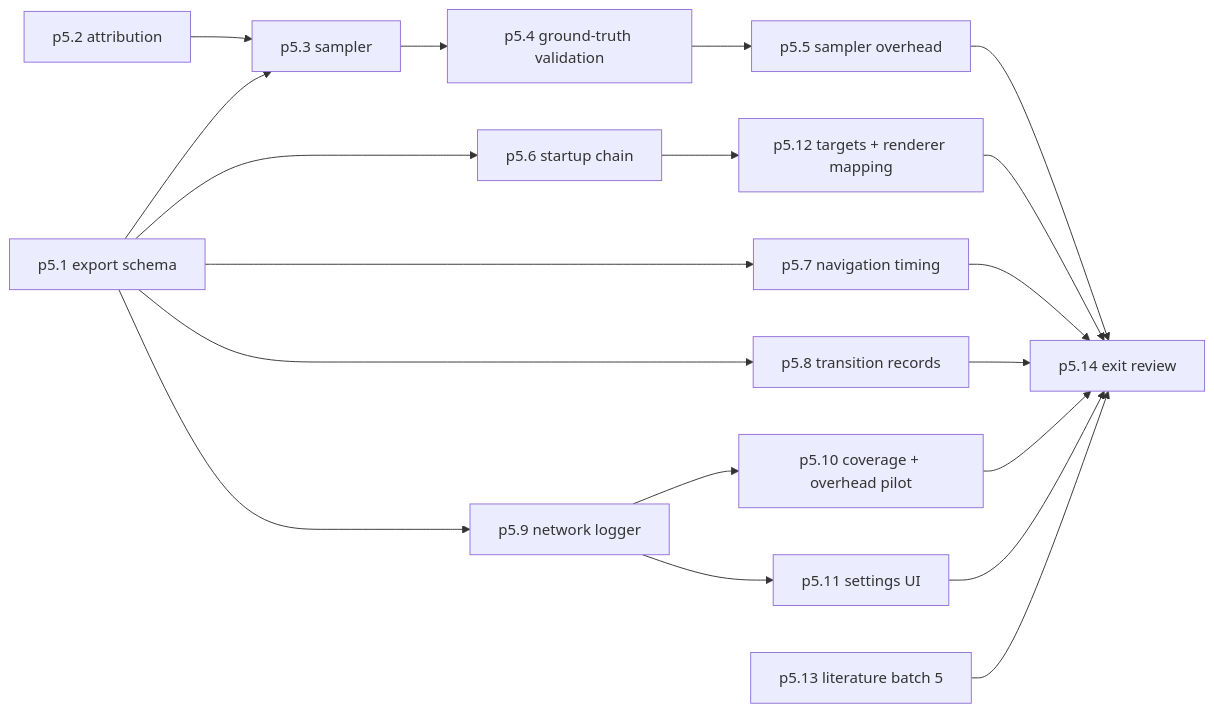
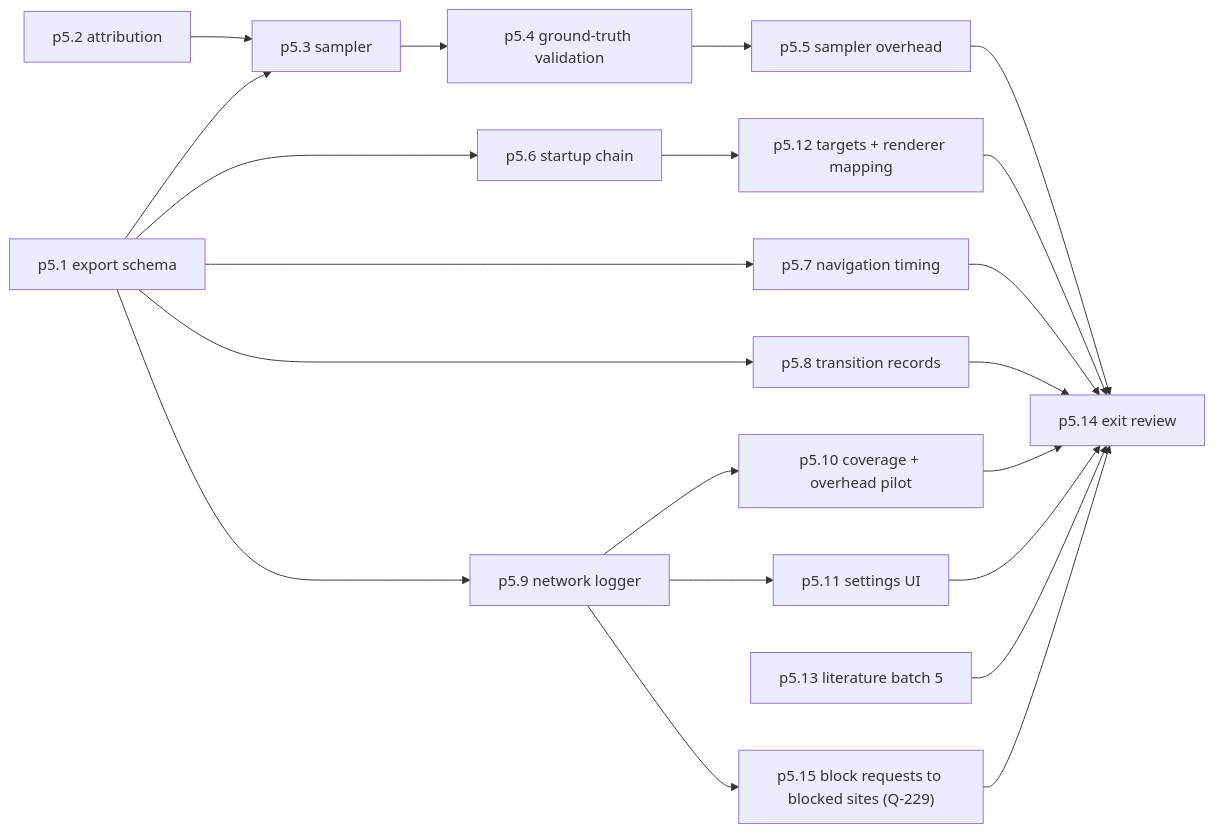
The diagram in wiki/phases/phase-p5-telemetry.md (VarunOjha/nurav-ferrum), drawn with Mermaid before and after one commit. The commit also changed other lines of this file and 12 other files, not shown here.

First line of the commit message:
docs(decide): Q-229 answered, requests to blocked sites stopped fully; task p5.15 added [p5.9]

````diff
--- a/wiki/phases/phase-p5-telemetry.md
+++ b/wiki/phases/phase-p5-telemetry.md
@@ -160,21 +164,23 @@
 ```mermaid
 flowchart LR
   p5_1["p5.1 export schema"] --> p5_3["p5.3 sampler"]
   p5_2["p5.2 attribution"] --> p5_3
   p5_3 --> p5_4["p5.4 ground-truth validation"]
   p5_4 --> p5_5["p5.5 sampler overhead"]
   p5_1 --> p5_6["p5.6 startup chain"]
   p5_1 --> p5_7["p5.7 navigation timing"]
   p5_1 --> p5_8["p5.8 transition records"]
   p5_1 --> p5_9["p5.9 network logger"]
   p5_9 --> p5_10["p5.10 coverage + overhead pilot"]
   p5_9 --> p5_11["p5.11 settings UI"]
   p5_6 --> p5_12["p5.12 targets + renderer mapping"]
   p5_5 --> p5_14["p5.14 exit review"]
   p5_7 --> p5_14
   p5_8 --> p5_14
   p5_10 --> p5_14
   p5_11 --> p5_14
   p5_12 --> p5_14
   p5_13["p5.13 literature batch 5"] --> p5_14
+  p5_9 --> p5_15["p5.15 block requests to blocked sites (Q-229)"]
+  p5_15 --> p5_14
 ```
````
